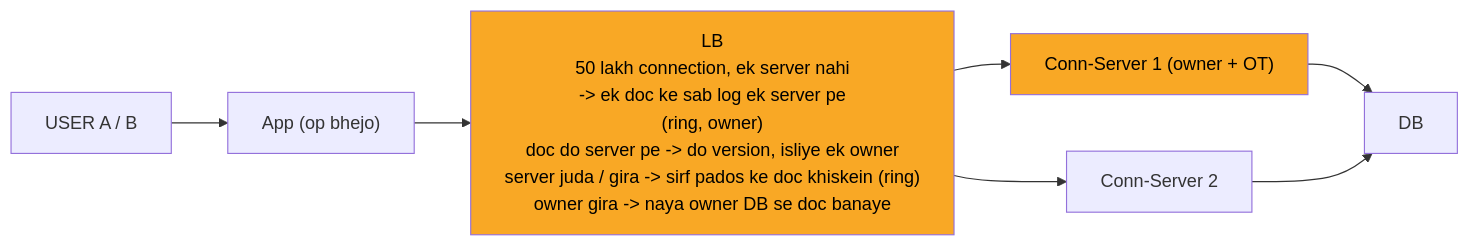
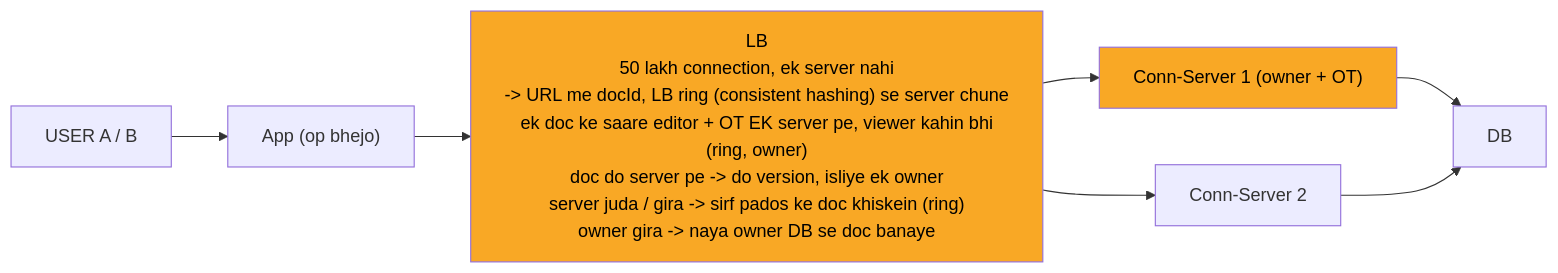
Before and after one commit to ArpanMaheshwari144/Prep: the fifth of 10 diagrams in 04_HLD/SYSTEM_DESIGNS/11_google_docs_collab/11_google_docs_collab.md, drawn with Mermaid. The commit also changed other lines of this file and 13 other files, not shown here.

````diff
--- a/04_HLD/SYSTEM_DESIGNS/11_google_docs_collab/11_google_docs_collab.md
+++ b/04_HLD/SYSTEM_DESIGNS/11_google_docs_collab/11_google_docs_collab.md
@@ -176,18 +180,18 @@
 ```mermaid
 %%{init: {"flowchart": {"wrappingWidth": 450}}}%%
 flowchart LR
     n_USER["USER A / B"]
     n_App["App (op bhejo)"]
-    n_LB["LB<br/>50 lakh connection, ek server nahi<br/>-> ek doc ke sab log ek server pe<br/>(ring, owner)<br/>doc do server pe -> do version, isliye ek owner<br/>server juda / gira -> sirf pados ke doc khiskein (ring)<br/>owner gira -> naya owner DB se doc banaye"]
+    n_LB["LB<br/>50 lakh connection, ek server nahi<br/>-> URL me docId, LB ring (consistent hashing) se server chune<br/>ek doc ke saare editor + OT EK server pe, viewer kahin bhi<br/>(ring, owner)<br/>doc do server pe -> do version, isliye ek owner<br/>server juda / gira -> sirf pados ke doc khiskein (ring)<br/>owner gira -> naya owner DB se doc banaye"]
     n_CS1["Conn-Server 1 (owner + OT)"]
     n_CS2["Conn-Server 2"]
     n_DB["DB"]
     n_USER --> n_App
     n_App --> n_LB
     n_LB --> n_CS1
     n_LB --> n_CS2
     n_CS1 --> n_DB
     n_CS2 --> n_DB
     style n_LB fill:#f9a825,color:#000
     style n_CS1 fill:#f9a825,color:#000
 ```
````
